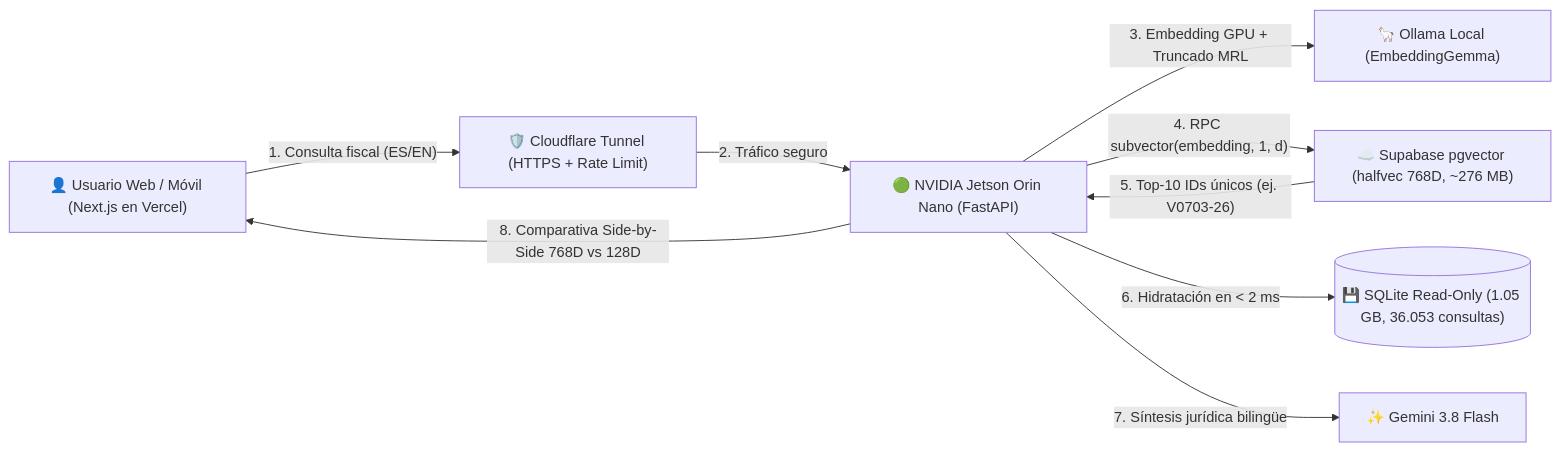
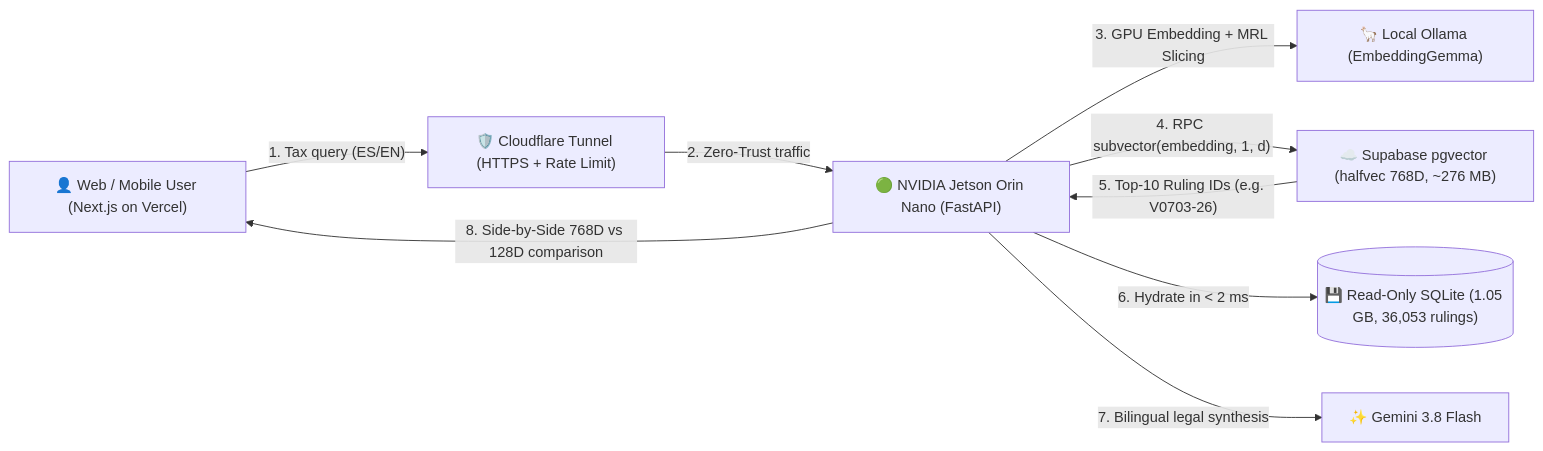
Before and after one commit to manumezog/hacienda-ESP-rag: the diagram in README.md, drawn with Mermaid. The commit also changed other lines of this file, not shown here.

Commit message:
docs: make README bilingual (English + Spanish) and link technical case study

````diff
--- a/README.md
+++ b/README.md
@@ -54,11 +69,11 @@
 ```mermaid
 flowchart LR
-    U["👤 Usuario Web / Móvil (Next.js en Vercel)"] -->|"1. Consulta fiscal (ES/EN)"| CF["🛡️ Cloudflare Tunnel (HTTPS + Rate Limit)"]
-    CF -->|"2. Tráfico seguro"| J["🟢 NVIDIA Jetson Orin Nano (FastAPI)"]
-    J -->|"3. Embedding GPU + Truncado MRL"| O["🦙 Ollama Local (EmbeddingGemma)"]
+    U["👤 Web / Mobile User (Next.js on Vercel)"] -->|"1. Tax query (ES/EN)"| CF["🛡️ Cloudflare Tunnel (HTTPS + Rate Limit)"]
+    CF -->|"2. Zero-Trust traffic"| J["🟢 NVIDIA Jetson Orin Nano (FastAPI)"]
+    J -->|"3. GPU Embedding + MRL Slicing"| O["🦙 Local Ollama (EmbeddingGemma)"]
     J -->|"4. RPC subvector(embedding, 1, d)"| S["☁️ Supabase pgvector (halfvec 768D, ~276 MB)"]
-    S -->|"5. Top-10 IDs únicos (ej. V0703-26)"| J
-    J -->|"6. Hidratación en < 2 ms"| DB[("💾 SQLite Read-Only (1.05 GB, 36.053 consultas)")]
-    J -->|"7. Síntesis jurídica bilingüe"| LLM["✨ Gemini 3.8 Flash"]
-    J -->|"8. Comparativa Side-by-Side 768D vs 128D"| U
+    S -->|"5. Top-10 Ruling IDs (e.g. V0703-26)"| J
+    J -->|"6. Hydrate in < 2 ms"| DB[("💾 Read-Only SQLite (1.05 GB, 36,053 rulings)")]
+    J -->|"7. Bilingual legal synthesis"| LLM["✨ Gemini 3.8 Flash"]
+    J -->|"8. Side-by-Side 768D vs 128D comparison"| U
 ```
````
